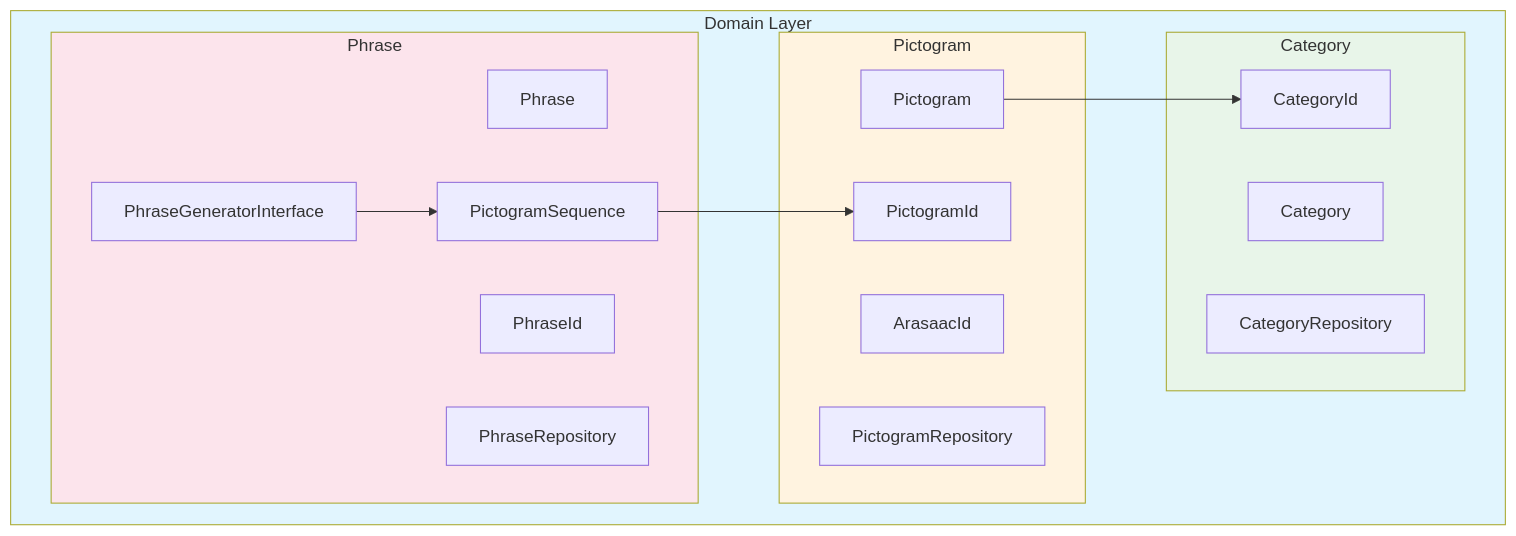
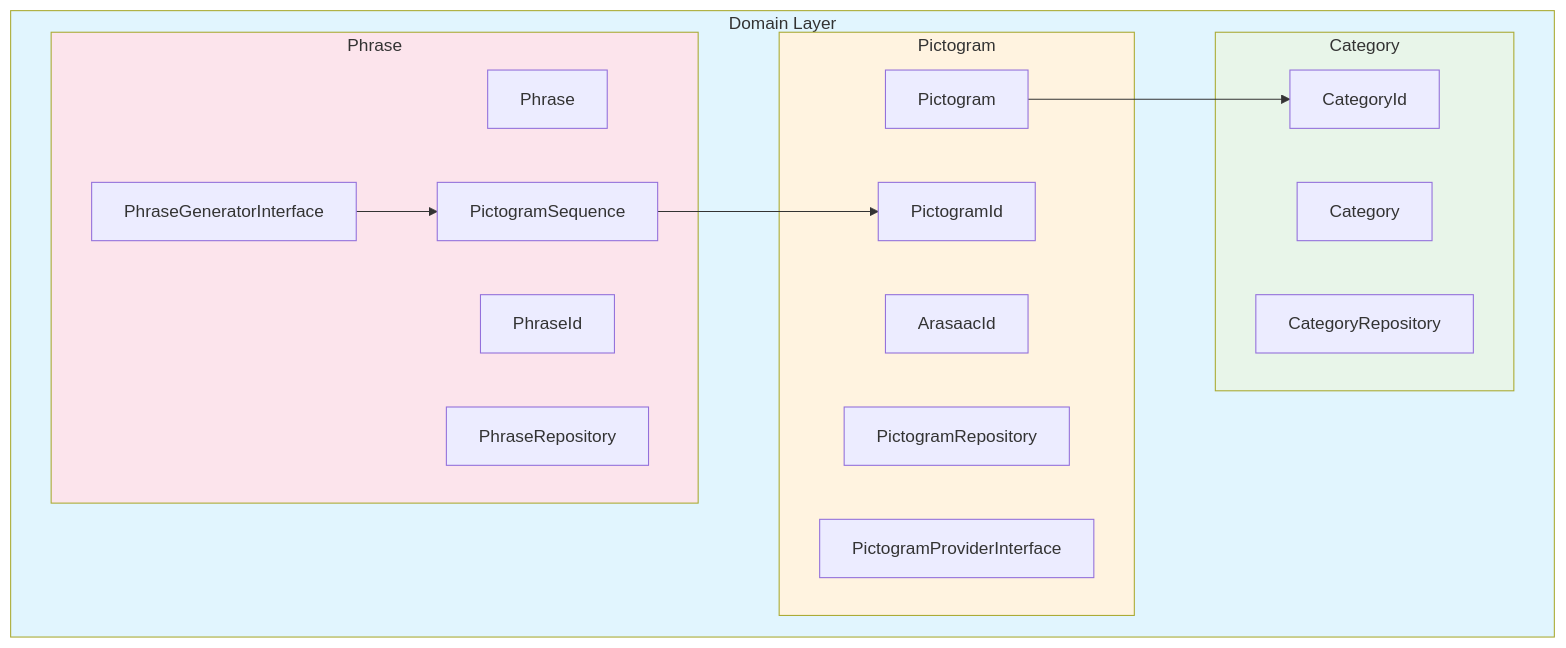
One commit to luismiglezmohino/HablaIA changed the third of 4 diagrams in docs/diagrams/domain-layer.md. Above: the diagram before and after it, drawn with Mermaid. The commit also changed other lines of this file and 2 other files, not shown here.

First line of the commit message:
feat(domain): add PictogramProviderInterface and update docs

````diff
--- a/docs/diagrams/domain-layer.md
+++ b/docs/diagrams/domain-layer.md
@@ -140,34 +150,35 @@
 ```mermaid
 graph TB
     subgraph Domain["Domain Layer"]
         subgraph PictogramModule["Pictogram"]
             P_Entity[Pictogram]
             P_VO1[PictogramId]
             P_VO2[ArasaacId]
             P_Repo[PictogramRepository]
+            P_Service[PictogramProviderInterface]
         end
 
         subgraph CategoryModule["Category"]
             C_Entity[Category]
             C_VO[CategoryId]
             C_Repo[CategoryRepository]
         end
 
         subgraph PhraseModule["Phrase"]
             Ph_Entity[Phrase]
             Ph_VO1[PhraseId]
             Ph_VO2[PictogramSequence]
             Ph_Repo[PhraseRepository]
             Ph_Service[PhraseGeneratorInterface]
         end
     end
 
     P_Entity --> C_VO
     Ph_VO2 --> P_VO1
     Ph_Service --> Ph_VO2
 
     style Domain fill:#e1f5fe
     style PictogramModule fill:#fff3e0
     style CategoryModule fill:#e8f5e9
     style PhraseModule fill:#fce4ec
 ```
````
